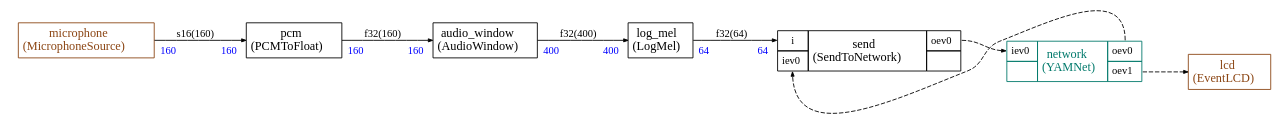
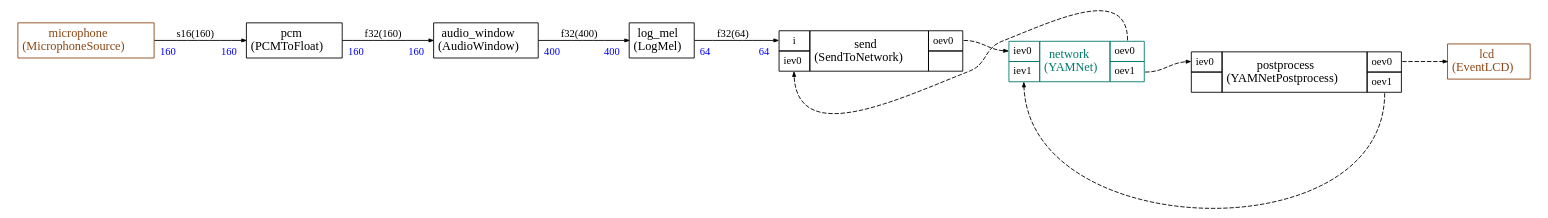
Before and after one commit to christophe0606/EthosCatalog: the diagram in projects/yamnet/generated/app.dot, drawn with Graphviz. The commit also changed 26 other files, not shown here.

Commit message:
Updated graph for yamnet

```diff
--- a/projects/yamnet/generated/app.dot
+++ b/projects/yamnet/generated/app.dot
@@ -1,119 +1,141 @@
 
 
 
 
 
 
 digraph structs {
     bgcolor = "white"
     node [shape=plaintext,color="black",fontcolor="black",fontname="Times-Roman"]
     rankdir=LR
     edge [arrowsize="0.5",color="black",fontcolor="black",fontname="Times-Roman"]
 
 
 audio_window [label=<
 <TABLE color="black" bgcolor="white" BORDER="0" CELLBORDER="1" CELLSPACING="0" CELLPADDING="4">
   <TR>
     <TD ALIGN="CENTER" PORT="i"><FONT COLOR="black" POINT-SIZE="14.0">audio_window<BR/>(AudioWindow)</FONT></TD>
   </TR>
 </TABLE>>];
 
 log_mel [label=<
 <TABLE color="black" bgcolor="white" BORDER="0" CELLBORDER="1" CELLSPACING="0" CELLPADDING="4">
   <TR>
     <TD ALIGN="CENTER" PORT="i"><FONT COLOR="black" POINT-SIZE="14.0">log_mel<BR/>(LogMel)</FONT></TD>
   </TR>
 </TABLE>>];
 
 microphone [label=<
 <TABLE color="#8B4513" bgcolor="white" BORDER="0" CELLBORDER="1" CELLSPACING="0" CELLPADDING="4">
   <TR>
     <TD ALIGN="CENTER" PORT="i"><FONT COLOR="#8B4513" POINT-SIZE="14.0">microphone<BR/>(MicrophoneSource)</FONT></TD>
   </TR>
 </TABLE>>];
 
 pcm [label=<
 <TABLE color="black" bgcolor="white" BORDER="0" CELLBORDER="1" CELLSPACING="0" CELLPADDING="4">
   <TR>
     <TD ALIGN="CENTER" PORT="i"><FONT COLOR="black" POINT-SIZE="14.0">pcm<BR/>(PCMToFloat)</FONT></TD>
   </TR>
 </TABLE>>];
 
 
 send [label=<
 <TABLE color="black" bgcolor="white" BORDER="0" CELLBORDER="1" CELLSPACING="0" CELLPADDING="4">
   <TR>
     <TD PORT="i"><FONT POINT-SIZE="12.0" COLOR="black">i</FONT></TD>
     <TD ALIGN="CENTER" ROWSPAN="2"><FONT COLOR="black" POINT-SIZE="14.0">send<BR/>(SendToNetwork)</FONT></TD>
     <TD PORT="oev0"><FONT POINT-SIZE="12.0" COLOR="black">oev0</FONT></TD>
   </TR>
 <TR>
 <TD PORT="iev0"><FONT POINT-SIZE="12.0" COLOR="black">iev0</FONT></TD>
 
 
 <TD></TD></TR>
 
 </TABLE>>];
 
 lcd [label=<
 <TABLE color="#8B4513" bgcolor="white" BORDER="0" CELLBORDER="1" CELLSPACING="0" CELLPADDING="4">
   <TR>
     <TD ALIGN="CENTER" PORT="i"><FONT COLOR="#8B4513" POINT-SIZE="14.0">lcd<BR/>(EventLCD)</FONT></TD>
   </TR>
 </TABLE>>];
 
 
 network [label=<
 <TABLE color="#00796B" bgcolor="white" BORDER="0" CELLBORDER="1" CELLSPACING="0" CELLPADDING="4">
   <TR>
     <TD PORT="iev0"><FONT POINT-SIZE="12.0" COLOR="black">iev0</FONT></TD>
     <TD ALIGN="CENTER" ROWSPAN="2"><FONT COLOR="#00796B" POINT-SIZE="14.0">network<BR/>(YAMNet)</FONT></TD>
     <TD PORT="oev0"><FONT POINT-SIZE="12.0" COLOR="black">oev0</FONT></TD>
   </TR>
 <TR>
+<TD PORT="iev1"><FONT POINT-SIZE="12.0" COLOR="black">iev1</FONT></TD>
+
+<TD PORT="oev1"><FONT POINT-SIZE="12.0" COLOR="black">oev1</FONT></TD>
+</TR>
+
+</TABLE>>];
+
+
+postprocess [label=<
+<TABLE color="black" bgcolor="white" BORDER="0" CELLBORDER="1" CELLSPACING="0" CELLPADDING="4">
+  <TR>
+    <TD PORT="iev0"><FONT POINT-SIZE="12.0" COLOR="black">iev0</FONT></TD>
+    <TD ALIGN="CENTER" ROWSPAN="2"><FONT COLOR="black" POINT-SIZE="14.0">postprocess<BR/>(YAMNetPostprocess)</FONT></TD>
+    <TD PORT="oev0"><FONT POINT-SIZE="12.0" COLOR="black">oev0</FONT></TD>
+  </TR>
+<TR>
 
 <TD></TD>
 <TD PORT="oev1"><FONT POINT-SIZE="12.0" COLOR="black">oev1</FONT></TD>
 </TR>
 
 </TABLE>>];
 
 
 
 microphone:i -> pcm:i [style="solid",color="black",fontsize="12.0",fontcolor="black",label=<s16(160)>
 ,headlabel=<<TABLE BORDER="0" CELLPADDING="4"><TR><TD><FONT COLOR="blue" POINT-SIZE="12.0" >160</FONT>
 </TD></TR></TABLE>>
 ,taillabel=<<TABLE BORDER="0" CELLPADDING="4"><TR><TD><FONT COLOR="blue" POINT-SIZE="12.0" >160</FONT>
 </TD></TR></TABLE>>]
 
 pcm:i -> audio_window:i [style="solid",color="black",fontsize="12.0",fontcolor="black",label=<f32(160)>
 ,headlabel=<<TABLE BORDER="0" CELLPADDING="4"><TR><TD><FONT COLOR="blue" POINT-SIZE="12.0" >160</FONT>
 </TD></TR></TABLE>>
 ,taillabel=<<TABLE BORDER="0" CELLPADDING="4"><TR><TD><FONT COLOR="blue" POINT-SIZE="12.0" >160</FONT>
 </TD></TR></TABLE>>]
 
 audio_window:i -> log_mel:i [style="solid",color="black",fontsize="12.0",fontcolor="black",label=<f32(400)>
 ,headlabel=<<TABLE BORDER="0" CELLPADDING="4"><TR><TD><FONT COLOR="blue" POINT-SIZE="12.0" >400</FONT>
 </TD></TR></TABLE>>
 ,taillabel=<<TABLE BORDER="0" CELLPADDING="4"><TR><TD><FONT COLOR="blue" POINT-SIZE="12.0" >400</FONT>
 </TD></TR></TABLE>>]
 
 log_mel:i -> send:i [style="solid",color="black",fontsize="12.0",fontcolor="black",label=<f32(64)>
 ,headlabel=<<TABLE BORDER="0" CELLPADDING="4"><TR><TD><FONT COLOR="blue" POINT-SIZE="12.0" >64</FONT>
 </TD></TR></TABLE>>
 ,taillabel=<<TABLE BORDER="0" CELLPADDING="4"><TR><TD><FONT COLOR="blue" POINT-SIZE="12.0" >64</FONT>
 </TD></TR></TABLE>>]
 
 
 
 send:oev0 -> network:iev0 [style="dashed",color="black",fontsize="12.0",fontcolor="black",label=<>
 
 ]
 network:oev0 -> send:iev0 [style="dashed",color="black",fontsize="12.0",fontcolor="black",label=<>
 
 ]
-network:oev1 -> lcd:i [style="dashed",color="black",fontsize="12.0",fontcolor="black",label=<>
+network:oev1 -> postprocess:iev0 [style="dashed",color="black",fontsize="12.0",fontcolor="black",label=<>
+
+]
+postprocess:oev0 -> lcd:i [style="dashed",color="black",fontsize="12.0",fontcolor="black",label=<>
+
+]
+postprocess:oev1 -> network:iev1 [style="dashed",color="black",fontsize="12.0",fontcolor="black",label=<>
 
 ]
 
 }
```
